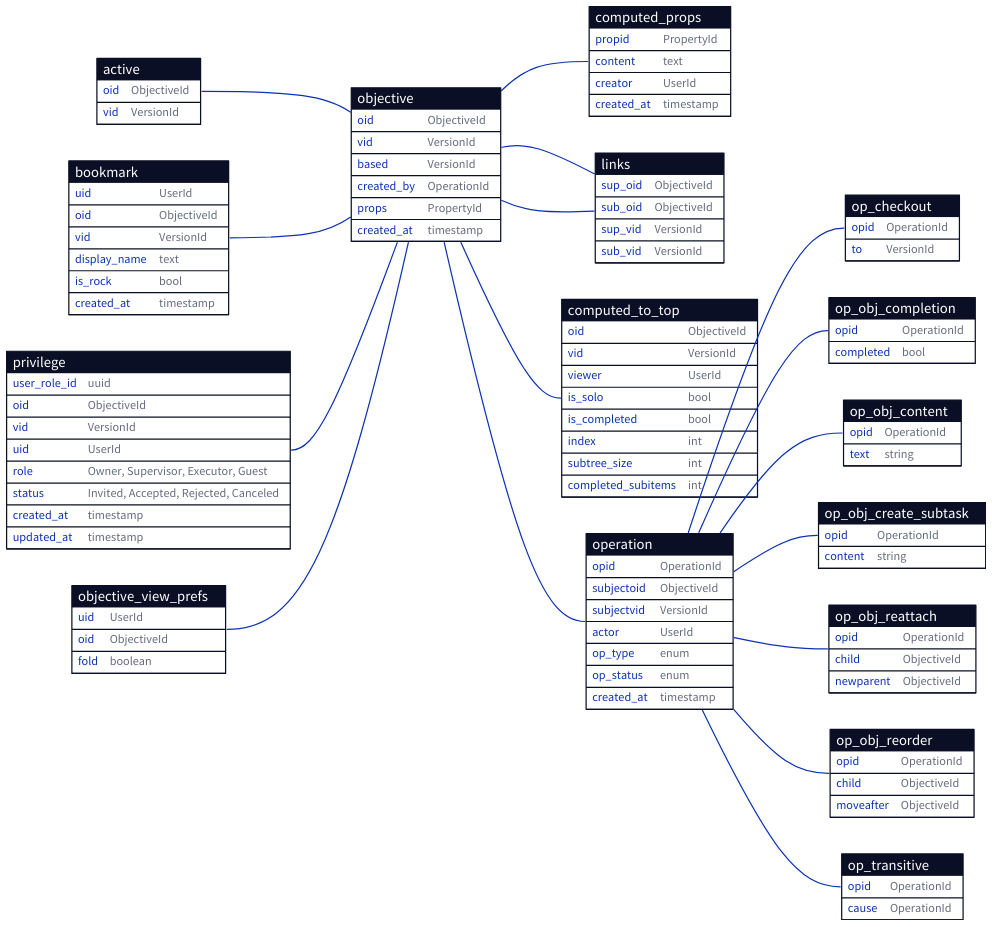
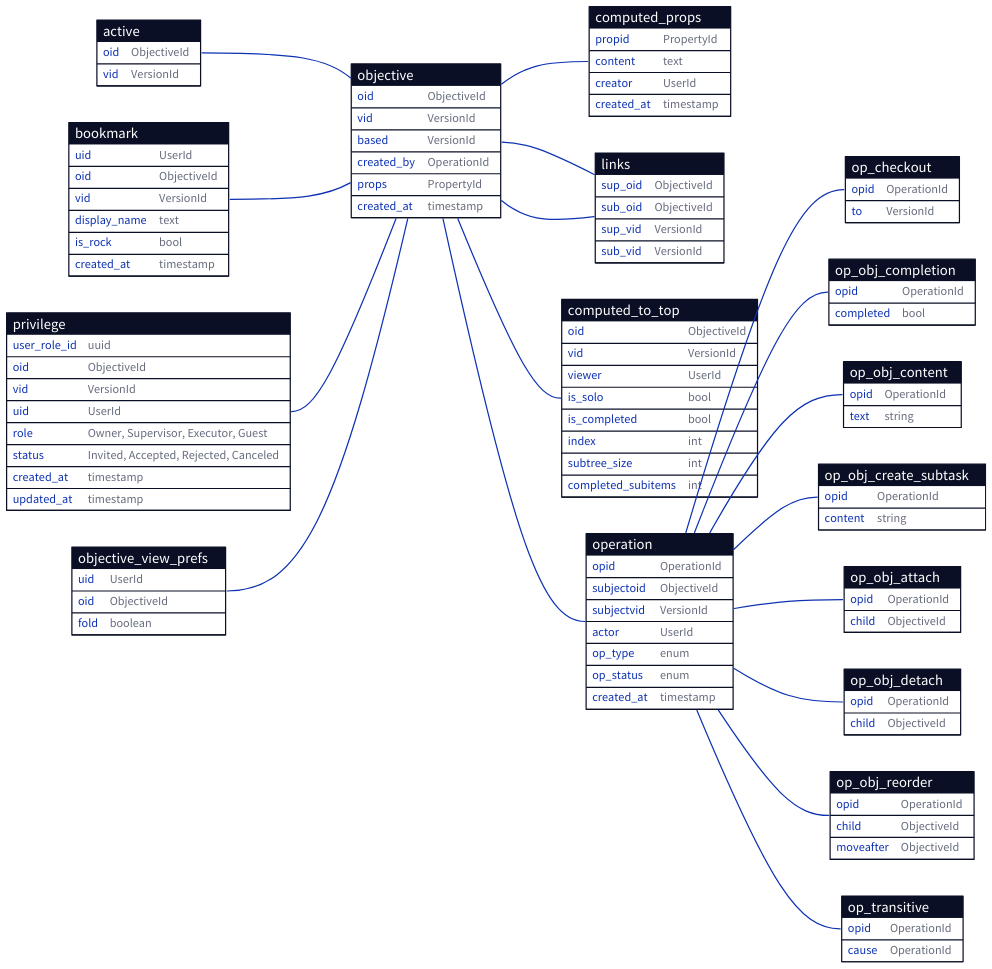
One commit to ufukty/logbook changed the diagram in docs/database/simplified.d2. Above: the diagram before and after it, drawn with D2. The commit also changed 1 other file, not shown here.

Commit message:
docs/database/simplified: separates the `reattach` operation into `attach` and `detach to improve user privacy when an objective moved outside of a collaboration into another

```diff
--- a/docs/database/simplified.d2
+++ b/docs/database/simplified.d2
@@ -1,190 +1,198 @@
 active: {
   shape: sql_table
 
   oid: ObjectiveId
   vid: VersionId
 }
 
 bookmark: {
   shape: sql_table
 
   uid: UserId
   oid: ObjectiveId
   vid: VersionId
   display_name: text
   is_rock: bool # rocks are hidden in the UI
   created_at: timestamp
 }
 
 privilege: {
   shape: sql_table
 
   user_role_id: uuid
   oid: ObjectiveId
   vid: VersionId
   uid: UserId
   role: "Owner, Supervisor, Executor, Guest"
   status: "Invited, Accepted, Rejected, Canceled"
   created_at: timestamp
   updated_at: timestamp
 }
 
 objective: {
   shape: sql_table
 
   oid: ObjectiveId
   vid: VersionId
   based: VersionId
   created_by: OperationId
   props: PropertyId
 
   created_at: timestamp # creation of this version (=row)
 }
 
 objective_view_prefs: {
   shape: sql_table
 
   uid: UserId
   oid: ObjectiveId
   fold: boolean
 }
 
 
 # cached from operations to reduce view build duration
 # separately versioned from the objective to detach it from privilege and collaboration config changes
 computed_props: {
   shape: sql_table
 
   propid: PropertyId
   content: text
   creator: UserId
   created_at: timestamp
 }
 
 links: {
   shape: sql_table
 
   sup_oid: ObjectiveId
   sub_oid: ObjectiveId
   sup_vid: VersionId
   sub_vid: VersionId
 }
 
 computed_to_top: {
   shape: sql_table
 
   oid: ObjectiveId
   vid: VersionId
   viewer: UserId
 
   is_solo: bool
   is_completed: bool
 
   index: int
   subtree_size: int
   completed_subitems: int
 }
 
 operation: {
   shape: sql_table
 
   opid: OperationId
   
   subjectoid: ObjectiveId
   subjectvid: VersionId
   actor: UserId
 
   op_type: enum
   op_status: enum
 
   created_at: timestamp
 }
 
 op_checkout: {
   shape: sql_table
   
   opid: OperationId 
   to: VersionId
 }
 
 op_obj_content: {
   shape: sql_table
   
   opid: OperationId 
   text: string
 }
 
 op_obj_completion: {
   shape: sql_table
 
   opid: OperationId
   completed: bool
 }
 
 op_obj_create_subtask: {
   shape: sql_table
 
   opid: OperationId
   content: string
 }
 
-# reattachment operation gets defined on the old parent of the objective is requested to be moved into next parent's bottom
-op_obj_reattach: {
+# subject is parent
+op_obj_attach: {
   shape: sql_table
   
   opid: OperationId 
   child: ObjectiveId # find the vid from only version of child linked to current version of subject
-  newparent: ObjectiveId # find the vid of parent from following the ascendants of subject reached from active versions
+}
+
+# subject is parent
+op_obj_detach: {
+  shape: sql_table
+  
+  opid: OperationId 
+  child: ObjectiveId # find the vid from only version of child linked to current version of subject
 }
 
 op_obj_reorder: {
   shape: sql_table
   
   opid: OperationId 
   child: ObjectiveId
   moveafter: ObjectiveId
 }
 
 # every ascendant gets an transitive update operation when an objective gets version changing event from user (either checkout or content/prop modification)
 op_transitive: {
   shape: sql_table
   
   opid: OperationId 
   cause: OperationId
 }
 
 direction: right
 
 active.oid -- objective.oid
 
 # a bookmark points to a root node of a work tree
 bookmark.oid -- objective.oid
 # bookmark.vid -- objective.vid
 
 # Any task with custom privilege hand.can have owner/viewers/executors
 privilege.oid -- objective.oid
 # privilege.vid -- objective.vid
 
 objective_view_prefs.oid -- objective.oid
 
 objective.oid -- links.sup_oid
 # objective.vid -- links.sup_vid
 
 objective.oid -- links.sub_oid
 # objective.vid -- links.sub_vid
 
 objective.oid -- computed_to_top.oid
 # objective.vid -- computed_to_top.vid
 
 operation.opid -- op_checkout.opid
 operation.opid -- op_obj_completion.opid
 operation.opid -- op_obj_content.opid
 operation.opid -- op_obj_create_subtask.opid
-operation.opid -- op_obj_reattach.opid
+operation.opid -- op_obj_attach.opid
+operation.opid -- op_obj_detach.opid
 operation.opid -- op_obj_reorder.opid
 operation.opid -- op_transitive.opid
 
 objective.created_by -- operation.opid
 
 objective.props -- computed_props.propid
 # objective.vid -- props.vid
```
